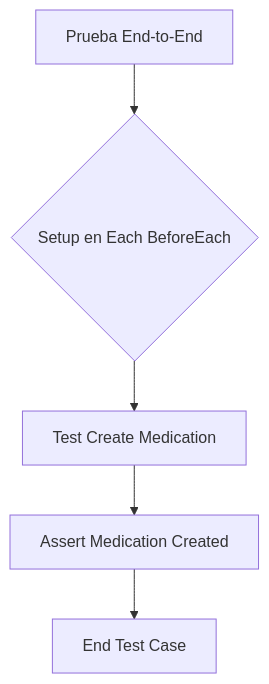
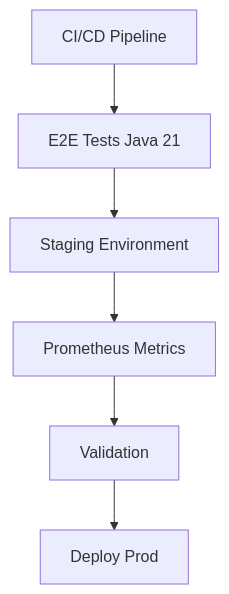
Before and after one commit to Joaquinriosheredia/DAM-Java-Mastery: the sixth of 6 diagrams in _Review/testing_e2e_en_microservicios/testing_e2e_en_microservicios.md, drawn with Mermaid. The commit also changed other lines of this file, not shown here.

````diff
--- a/_Review/testing_e2e_en_microservicios/testing_e2e_en_microservicios.md
+++ b/_Review/testing_e2e_en_microservicios/testing_e2e_en_microservicios.md
@@ -1097,7 +370,8 @@
 ```mermaid
 graph TD
-    A[Prueba End-to-End] --> B{Setup en Each BeforeEach}
-    B --> C[Test Create Medication]
-    C --> D[Assert Medication Created]
-    D --> E[End Test Case]
+    A[CI/CD Pipeline] --> B[E2E Tests Java 21]
+    B --> C[Staging Environment]
+    C --> D[Prometheus Metrics]
+    D --> E[Validation]
+    E --> F[Deploy Prod]
 ```
````
